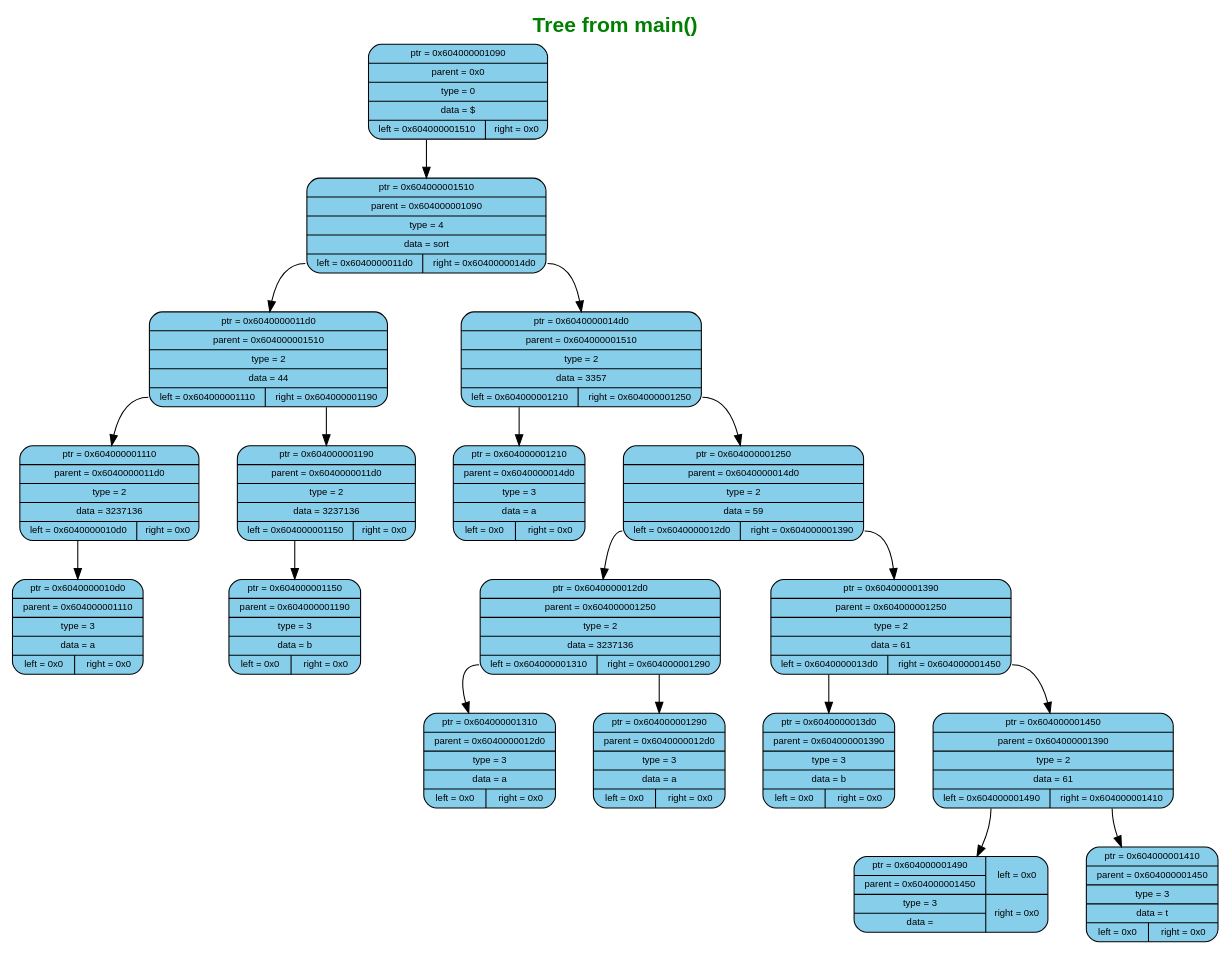
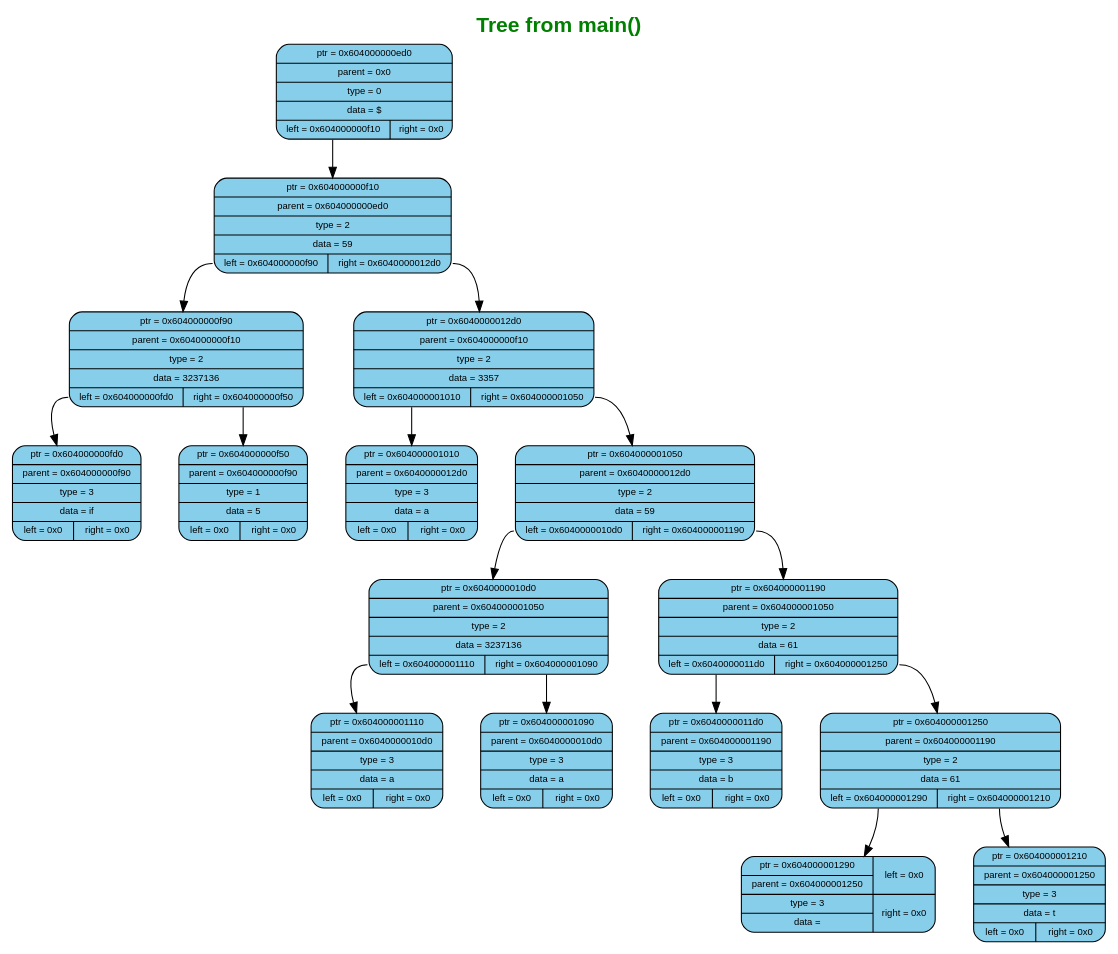
The diagram in reports/trees/tree0/tree.dot (murugov/Language), drawn with Graphviz before and after one commit. The commit also changed 23 other files, not shown here.

```diff
--- a/reports/trees/tree0/tree.dot
+++ b/reports/trees/tree0/tree.dot
@@ -1,49 +1,45 @@
 digraph G {
 	label=<<B>Tree from main()</B>>;
 	fontcolor="#008000";
 	fontname="Arial";
 	labelloc="top";
 	labeljust="center";
 	fontsize=20;
 	rankdir=TB;
 	center=true;
 	nodesep=0.5;
 	ranksep=0.5;
 	node[fontsize=9, shape=box, width=0.7, height=0.4, style="filled, rounded", fontname="Arial"];
 
-	n0 [shape=record, label="{ptr = 0x604000001090 | parent = 0x0 | type = 0 | data = $ | {<left> left = 0x604000001510 | <right> right = 0x0}}", fillcolor="#87CEEB", color="black"]
-	n1 [shape=record, label="{ptr = 0x604000001510 | parent = 0x604000001090 | type = 4 | data = sort | {<left> left = 0x6040000011d0 | <right> right = 0x6040000014d0}}", fillcolor="#87CEEB", color="black"]
+	n0 [shape=record, label="{ptr = 0x604000000ed0 | parent = 0x0 | type = 0 | data = $ | {<left> left = 0x604000000f10 | <right> right = 0x0}}", fillcolor="#87CEEB", color="black"]
+	n1 [shape=record, label="{ptr = 0x604000000f10 | parent = 0x604000000ed0 | type = 2 | data = 59 | {<left> left = 0x604000000f90 | <right> right = 0x6040000012d0}}", fillcolor="#87CEEB", color="black"]
 	n0:left -> n1
-	n2 [shape=record, label="{ptr = 0x6040000011d0 | parent = 0x604000001510 | type = 2 | data = 44 | {<left> left = 0x604000001110 | <right> right = 0x604000001190}}", fillcolor="#87CEEB", color="black"]
+	n2 [shape=record, label="{ptr = 0x604000000f90 | parent = 0x604000000f10 | type = 2 | data = 3237136 | {<left> left = 0x604000000fd0 | <right> right = 0x604000000f50}}", fillcolor="#87CEEB", color="black"]
 	n1:left -> n2
-	n3 [shape=record, label="{ptr = 0x6040000014d0 | parent = 0x604000001510 | type = 2 | data = 3357 | {<left> left = 0x604000001210 | <right> right = 0x604000001250}}", fillcolor="#87CEEB", color="black"]
+	n3 [shape=record, label="{ptr = 0x6040000012d0 | parent = 0x604000000f10 | type = 2 | data = 3357 | {<left> left = 0x604000001010 | <right> right = 0x604000001050}}", fillcolor="#87CEEB", color="black"]
 	n1:right -> n3
-	n4 [shape=record, label="{ptr = 0x604000001210 | parent = 0x6040000014d0 | type = 3 | data = a | {<left> left = 0x0 | <right> right = 0x0}}", fillcolor="#87CEEB", color="black"]
+	n4 [shape=record, label="{ptr = 0x604000001010 | parent = 0x6040000012d0 | type = 3 | data = a | {<left> left = 0x0 | <right> right = 0x0}}", fillcolor="#87CEEB", color="black"]
 	n3:left -> n4
-	n5 [shape=record, label="{ptr = 0x604000001250 | parent = 0x6040000014d0 | type = 2 | data = 59 | {<left> left = 0x6040000012d0 | <right> right = 0x604000001390}}", fillcolor="#87CEEB", color="black"]
+	n5 [shape=record, label="{ptr = 0x604000001050 | parent = 0x6040000012d0 | type = 2 | data = 59 | {<left> left = 0x6040000010d0 | <right> right = 0x604000001190}}", fillcolor="#87CEEB", color="black"]
 	n3:right -> n5
-	n6 [shape=record, label="{ptr = 0x6040000012d0 | parent = 0x604000001250 | type = 2 | data = 3237136 | {<left> left = 0x604000001310 | <right> right = 0x604000001290}}", fillcolor="#87CEEB", color="black"]
+	n6 [shape=record, label="{ptr = 0x6040000010d0 | parent = 0x604000001050 | type = 2 | data = 3237136 | {<left> left = 0x604000001110 | <right> right = 0x604000001090}}", fillcolor="#87CEEB", color="black"]
 	n5:left -> n6
-	n7 [shape=record, label="{ptr = 0x604000001390 | parent = 0x604000001250 | type = 2 | data = 61 | {<left> left = 0x6040000013d0 | <right> right = 0x604000001450}}", fillcolor="#87CEEB", color="black"]
+	n7 [shape=record, label="{ptr = 0x604000001190 | parent = 0x604000001050 | type = 2 | data = 61 | {<left> left = 0x6040000011d0 | <right> right = 0x604000001250}}", fillcolor="#87CEEB", color="black"]
 	n5:right -> n7
-	n8 [shape=record, label="{ptr = 0x6040000013d0 | parent = 0x604000001390 | type = 3 | data = b | {<left> left = 0x0 | <right> right = 0x0}}", fillcolor="#87CEEB", color="black"]
+	n8 [shape=record, label="{ptr = 0x6040000011d0 | parent = 0x604000001190 | type = 3 | data = b | {<left> left = 0x0 | <right> right = 0x0}}", fillcolor="#87CEEB", color="black"]
 	n7:left -> n8
-	n9 [shape=record, label="{ptr = 0x604000001450 | parent = 0x604000001390 | type = 2 | data = 61 | {<left> left = 0x604000001490 | <right> right = 0x604000001410}}", fillcolor="#87CEEB", color="black"]
+	n9 [shape=record, label="{ptr = 0x604000001250 | parent = 0x604000001190 | type = 2 | data = 61 | {<left> left = 0x604000001290 | <right> right = 0x604000001210}}", fillcolor="#87CEEB", color="black"]
 	n7:right -> n9
-	n10 [shape=record, label="{ptr = 0x604000001490 | parent = 0x604000001450 | type = 3 | data = } | {<left> left = 0x0 | <right> right = 0x0}}", fillcolor="#87CEEB", color="black"]
+	n10 [shape=record, label="{ptr = 0x604000001290 | parent = 0x604000001250 | type = 3 | data = } | {<left> left = 0x0 | <right> right = 0x0}}", fillcolor="#87CEEB", color="black"]
 	n9:left -> n10
-	n11 [shape=record, label="{ptr = 0x604000001410 | parent = 0x604000001450 | type = 3 | data = t | {<left> left = 0x0 | <right> right = 0x0}}", fillcolor="#87CEEB", color="black"]
+	n11 [shape=record, label="{ptr = 0x604000001210 | parent = 0x604000001250 | type = 3 | data = t | {<left> left = 0x0 | <right> right = 0x0}}", fillcolor="#87CEEB", color="black"]
 	n9:right -> n11
-	n12 [shape=record, label="{ptr = 0x604000001310 | parent = 0x6040000012d0 | type = 3 | data = a | {<left> left = 0x0 | <right> right = 0x0}}", fillcolor="#87CEEB", color="black"]
+	n12 [shape=record, label="{ptr = 0x604000001110 | parent = 0x6040000010d0 | type = 3 | data = a | {<left> left = 0x0 | <right> right = 0x0}}", fillcolor="#87CEEB", color="black"]
 	n6:left -> n12
-	n13 [shape=record, label="{ptr = 0x604000001290 | parent = 0x6040000012d0 | type = 3 | data = a | {<left> left = 0x0 | <right> right = 0x0}}", fillcolor="#87CEEB", color="black"]
+	n13 [shape=record, label="{ptr = 0x604000001090 | parent = 0x6040000010d0 | type = 3 | data = a | {<left> left = 0x0 | <right> right = 0x0}}", fillcolor="#87CEEB", color="black"]
 	n6:right -> n13
-	n14 [shape=record, label="{ptr = 0x604000001110 | parent = 0x6040000011d0 | type = 2 | data = 3237136 | {<left> left = 0x6040000010d0 | <right> right = 0x0}}", fillcolor="#87CEEB", color="black"]
+	n14 [shape=record, label="{ptr = 0x604000000fd0 | parent = 0x604000000f90 | type = 3 | data = if | {<left> left = 0x0 | <right> right = 0x0}}", fillcolor="#87CEEB", color="black"]
 	n2:left -> n14
-	n15 [shape=record, label="{ptr = 0x604000001190 | parent = 0x6040000011d0 | type = 2 | data = 3237136 | {<left> left = 0x604000001150 | <right> right = 0x0}}", fillcolor="#87CEEB", color="black"]
+	n15 [shape=record, label="{ptr = 0x604000000f50 | parent = 0x604000000f90 | type = 1 | data = 5 | {<left> left = 0x0 | <right> right = 0x0}}", fillcolor="#87CEEB", color="black"]
 	n2:right -> n15
-	n16 [shape=record, label="{ptr = 0x604000001150 | parent = 0x604000001190 | type = 3 | data = b | {<left> left = 0x0 | <right> right = 0x0}}", fillcolor="#87CEEB", color="black"]
-	n15:left -> n16
-	n17 [shape=record, label="{ptr = 0x6040000010d0 | parent = 0x604000001110 | type = 3 | data = a | {<left> left = 0x0 | <right> right = 0x0}}", fillcolor="#87CEEB", color="black"]
-	n14:left -> n17
 }
```
